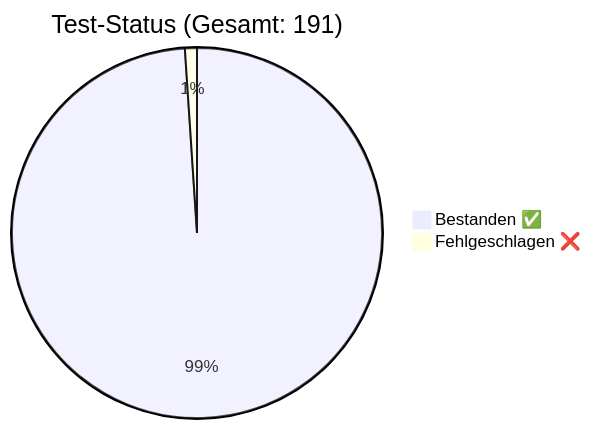
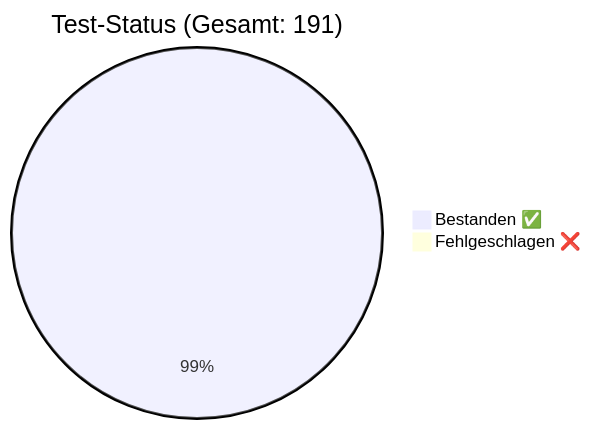
One commit to rorila/GCS changed the diagram in docs/QA_Report.md. Above: the diagram before and after it, drawn with Mermaid. The commit also changed other lines of this file and 4 other files, not shown here.

````diff
--- a/docs/QA_Report.md
+++ b/docs/QA_Report.md
@@ -7,5 +7,5 @@
 ```mermaid
 pie title Test-Status (Gesamt: 191)
-    "Bestanden ✅" : 189
-    "Fehlgeschlagen ❌" : 2
+    "Bestanden ✅" : 190
+    "Fehlgeschlagen ❌" : 1
 ```
````
